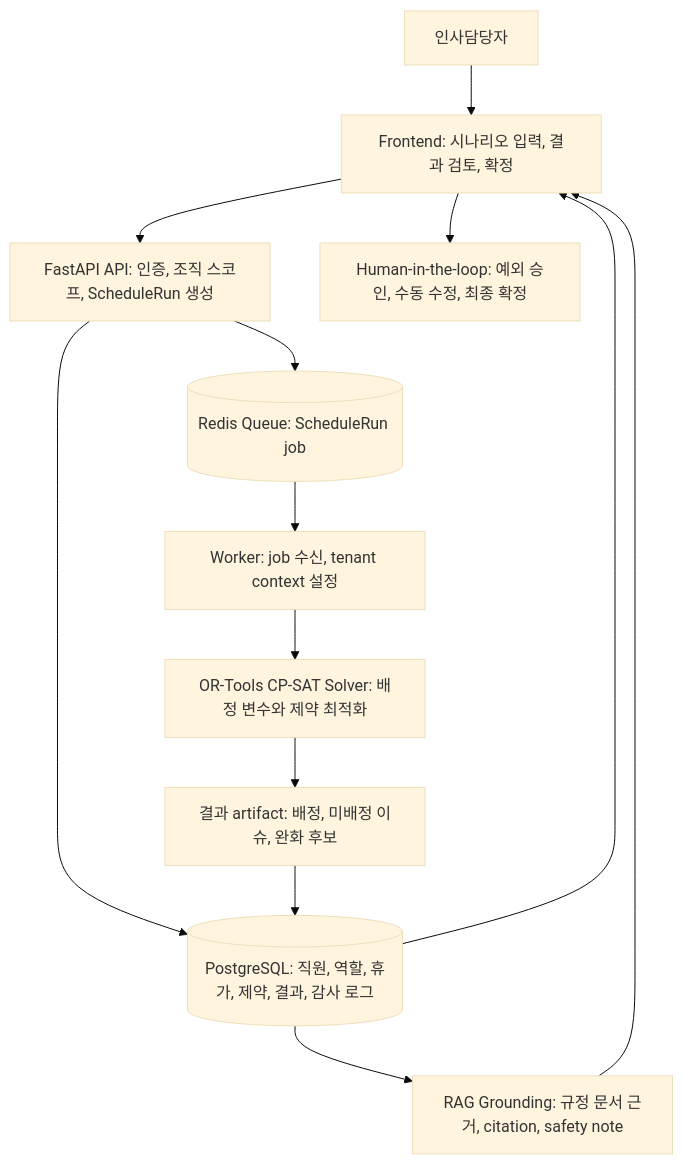
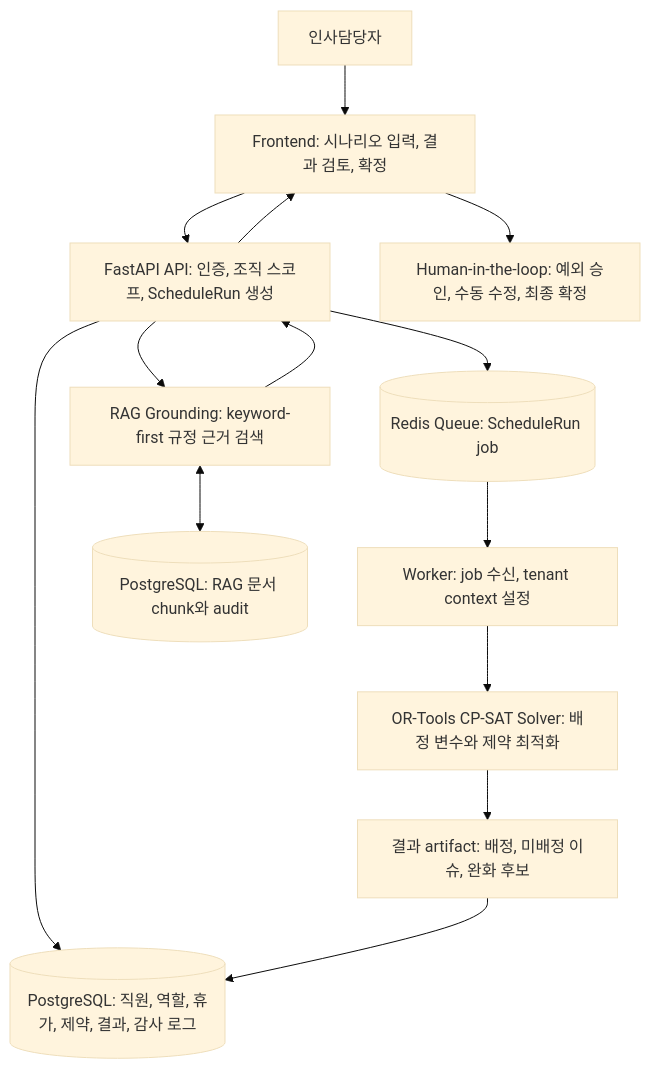
Before and after one commit to Astray07/WorkScheduleAI: the diagram in README.md, drawn with Mermaid (base theme). The commit also changed other lines of this file and 3 other files, not shown here.

````diff
--- a/README.md
+++ b/README.md
@@ -71,15 +71,16 @@
 ```mermaid
 flowchart TD
     A["인사담당자"] --> B["Frontend: 시나리오 입력, 결과 검토, 확정"]
     B --> C["FastAPI API: 인증, 조직 스코프, ScheduleRun 생성"]
     C --> D[("PostgreSQL: 직원, 역할, 휴가, 제약, 결과, 감사 로그")]
     C --> E[("Redis Queue: ScheduleRun job")]
     E --> F["Worker: job 수신, tenant context 설정"]
     F --> G["OR-Tools CP-SAT Solver: 배정 변수와 제약 최적화"]
     G --> H["결과 artifact: 배정, 미배정 이슈, 완화 후보"]
     H --> D
-    D --> I["RAG Grounding: 규정 문서 근거, citation, safety note"]
-    D --> B
-    I --> B
+    C --> I["RAG Grounding: keyword-first 규정 근거 검색"]
+    I <--> R[("PostgreSQL: RAG 문서 chunk와 audit")]
+    I --> C
+    C --> B
     B --> J["Human-in-the-loop: 예외 승인, 수동 수정, 최종 확정"]
 ```
````
